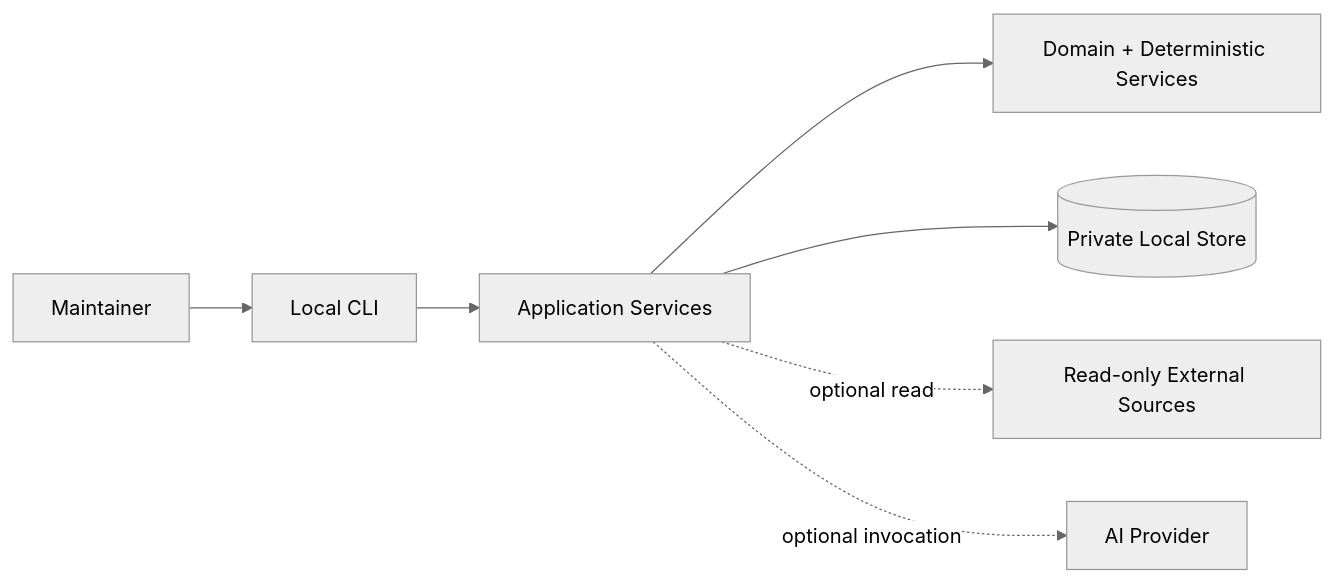
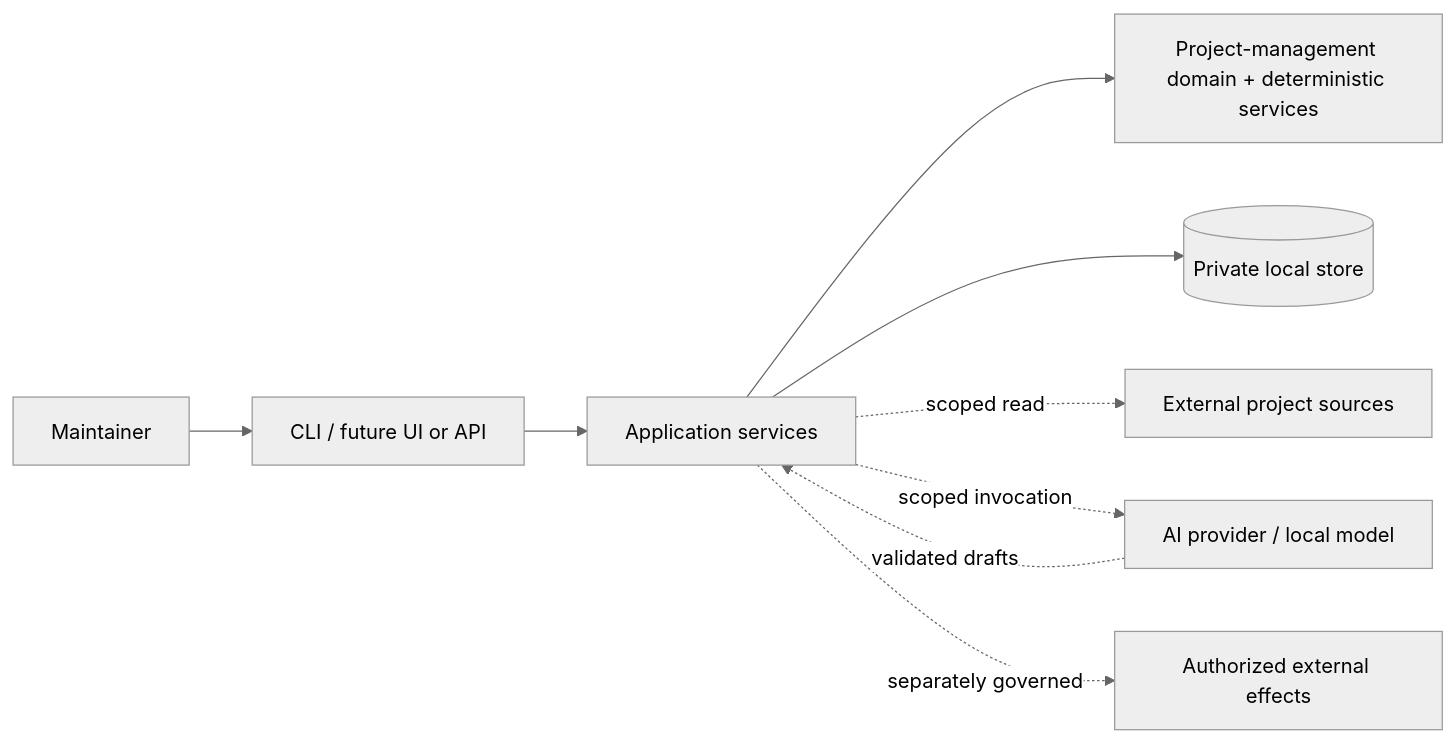
One commit to hackelia-micrantha/calathea-community changed the second of 3 diagrams in README.md. Above: the diagram before and after it, drawn with Mermaid (neutral theme). The commit also changed other lines of this file, not shown here.

Commit message:
docs: position Calathea as AI-assisted project management

````diff
--- a/README.md
+++ b/README.md
@@ -84,9 +216,20 @@
 ```mermaid
 flowchart LR
-    User[Maintainer] --> CLI[Local CLI]
-    CLI --> App[Application Services]
-    App --> Core[Domain + Deterministic Services]
-    App --> Store[(Private Local Store)]
-    App -. optional read .-> Sources[Read-only External Sources]
-    App -. optional invocation .-> AI[AI Provider]
+    User[Maintainer]
+    Surface[CLI / future UI or API]
+    App[Application services]
+    Core[Project-management domain + deterministic services]
+    Store[(Private local store)]
+    Sources[External project sources]
+    AI[AI provider / local model]
+    Effects[Authorized external effects]
+
+    User --> Surface
+    Surface --> App
+    App --> Core
+    App --> Store
+    App -. scoped read .-> Sources
+    App -. scoped invocation .-> AI
+    AI -. validated drafts .-> App
+    App -. separately governed .-> Effects
 ```
````
